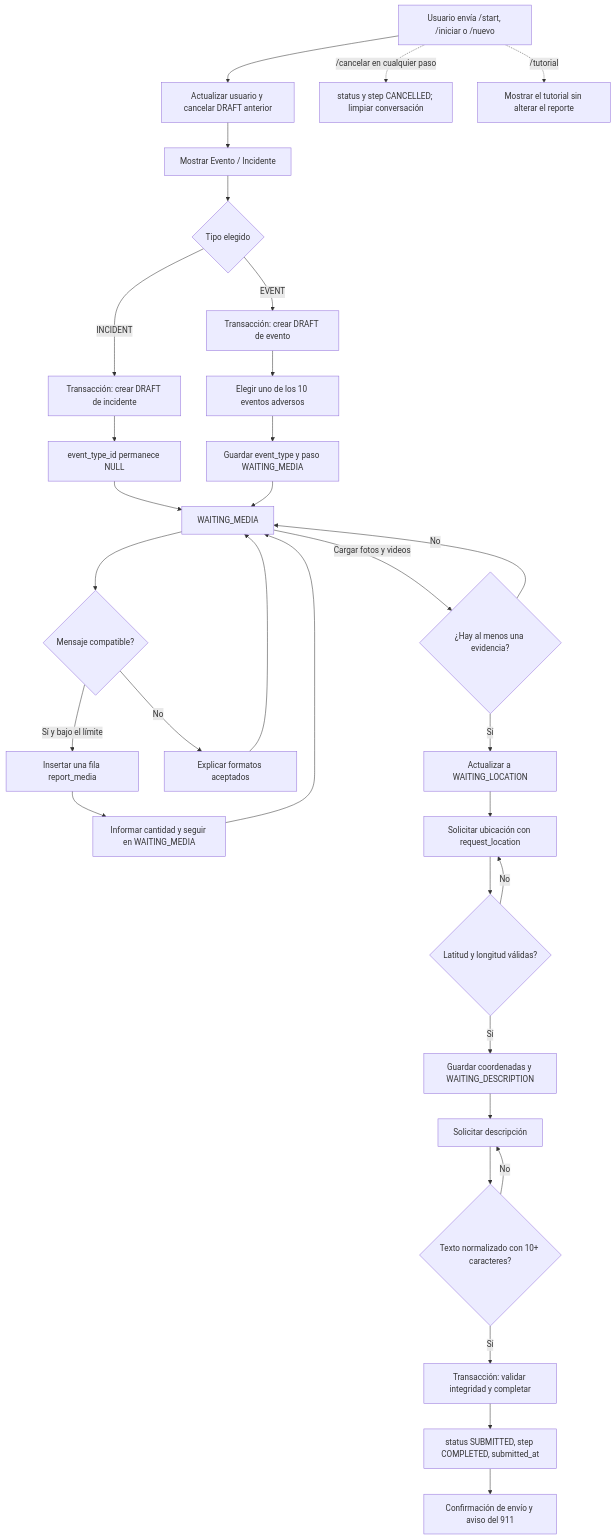
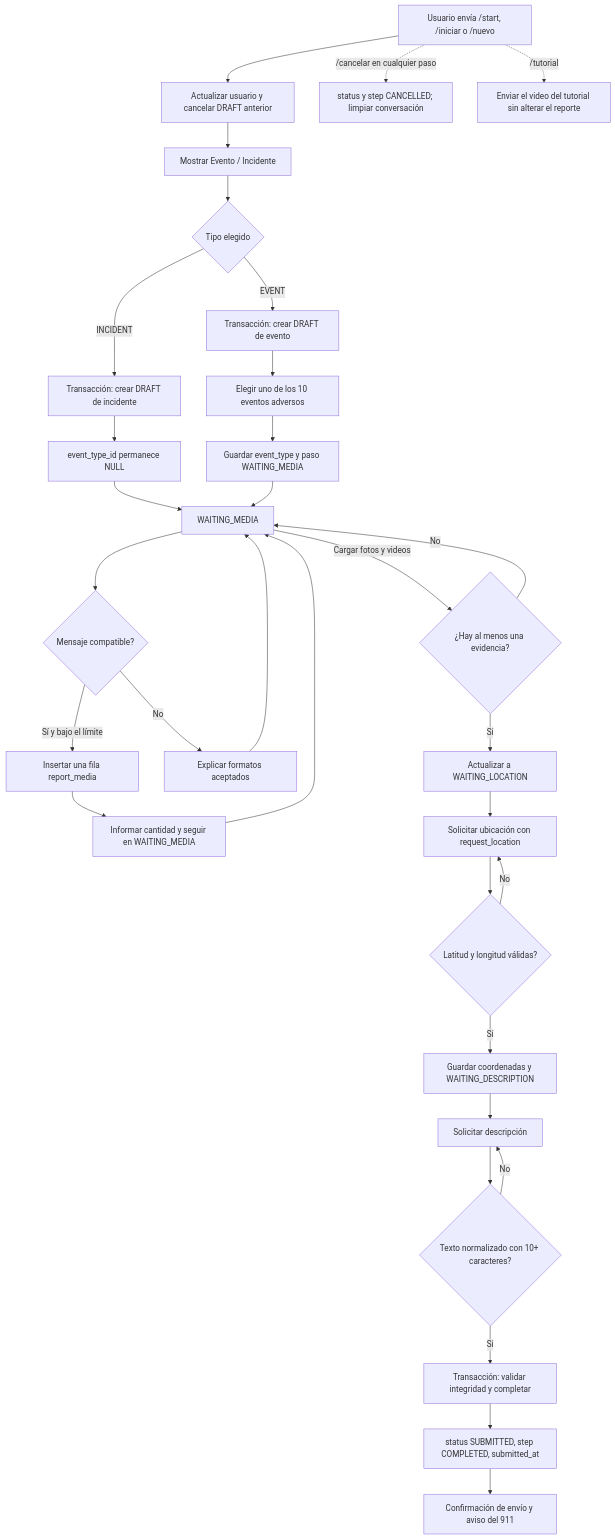
Before and after one commit to jhquihuiri7/galapagos_previene: the first of 2 diagrams in README.md, drawn with Mermaid. The commit also changed other lines of this file and 10 other files, not shown here.

First line of the commit message:
feat: /tutorial responde con el video del flujo

````diff
--- a/README.md
+++ b/README.md
@@ -91,34 +94,34 @@
 ```mermaid
 flowchart TD
     A[Usuario envía /start, /iniciar o /nuevo] --> A1[Actualizar usuario y cancelar DRAFT anterior]
     A1 --> B[Mostrar Evento / Incidente]
     B --> C{Tipo elegido}
     C -->|EVENT| D[Transacción: crear DRAFT de evento]
     C -->|INCIDENT| E[Transacción: crear DRAFT de incidente]
     D --> F[Elegir uno de los 10 eventos adversos]
     F --> G[Guardar event_type y paso WAITING_MEDIA]
     E --> H[event_type_id permanece NULL]
     H --> I[WAITING_MEDIA]
     G --> I
     I --> J{Mensaje compatible?}
     J -->|Sí y bajo el límite| K[Insertar una fila report_media]
     K --> L[Informar cantidad y seguir en WAITING_MEDIA]
     L --> I
     J -->|No| M[Explicar formatos aceptados]
     M --> I
     I -->|Cargar fotos y videos| N{¿Hay al menos una evidencia?}
     N -->|No| I
     N -->|Sí| O[Actualizar a WAITING_LOCATION]
     O --> P[Solicitar ubicación con request_location]
     P --> Q{Latitud y longitud válidas?}
     Q -->|No| P
     Q -->|Sí| R[Guardar coordenadas y WAITING_DESCRIPTION]
     R --> S[Solicitar descripción]
     S --> T{Texto normalizado con 10+ caracteres?}
     T -->|No| S
     T -->|Sí| U[Transacción: validar integridad y completar]
     U --> V[status SUBMITTED, step COMPLETED, submitted_at]
     V --> W[Confirmación de envío y aviso del 911]
     A -. /cancelar en cualquier paso .-> X[status y step CANCELLED; limpiar conversación]
-    A -. /tutorial .-> Y[Mostrar el tutorial sin alterar el reporte]
+    A -. /tutorial .-> Y[Enviar el video del tutorial sin alterar el reporte]
 ```
````
